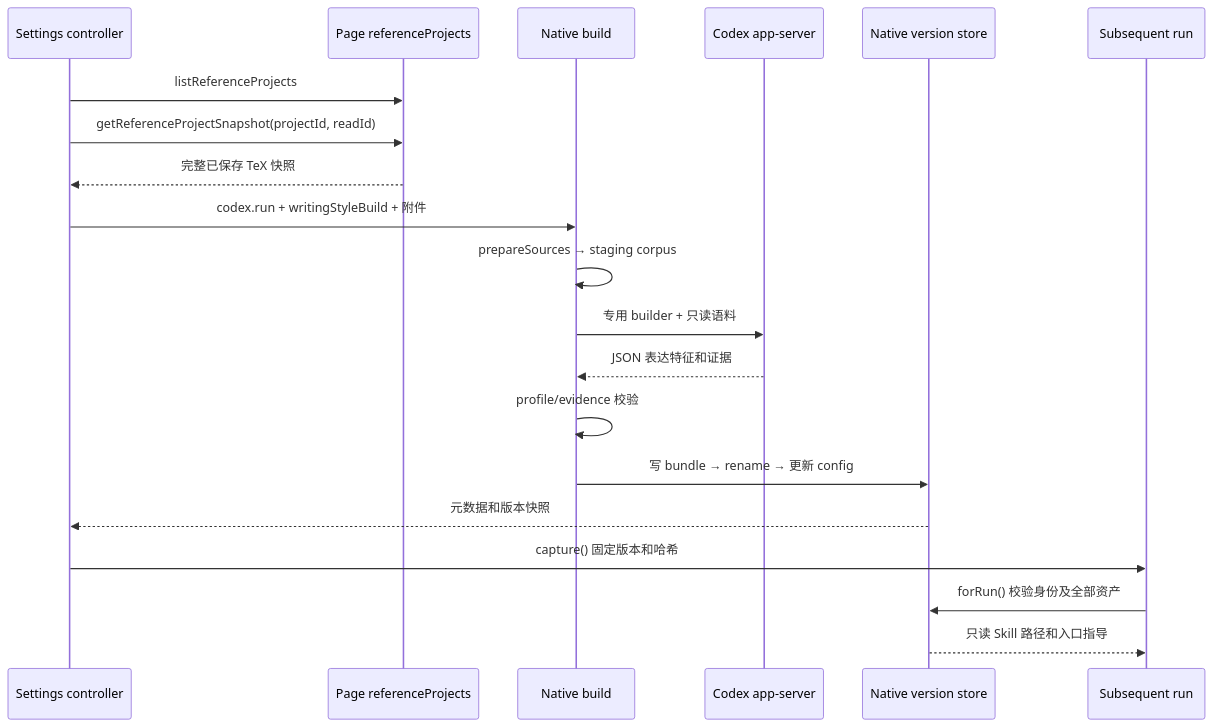
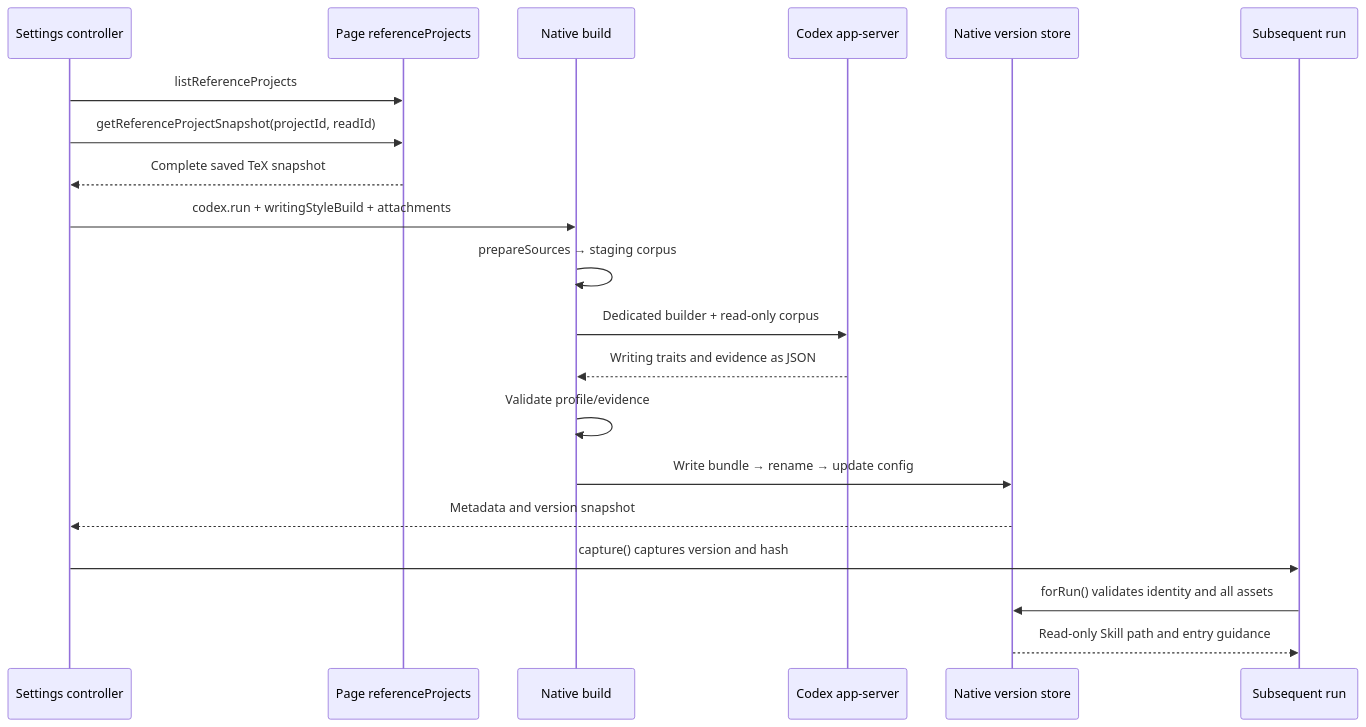
The diagram in docs/architecture/writing-style-and-skills.md (Ghqqqq/codex-overleaf-link), drawn with Mermaid before and after one commit. The commit also changed other lines of this file and 14 other files, not shown here.

Commit message:
docs: translate architecture guide to English and correct navigation

````diff
--- a/docs/architecture/writing-style-and-skills.md
+++ b/docs/architecture/writing-style-and-skills.md
@@ -48,22 +48,22 @@
 ```mermaid
 sequenceDiagram
     participant S as Settings controller
     participant P as Page referenceProjects
     participant N as Native build
     participant A as Codex app-server
     participant V as Native version store
     participant R as Subsequent run
     S->>P: listReferenceProjects
     S->>P: getReferenceProjectSnapshot(projectId, readId)
-    P-->>S: 完整已保存 TeX 快照
-    S->>N: codex.run + writingStyleBuild + 附件
+    P-->>S: Complete saved TeX snapshot
+    S->>N: codex.run + writingStyleBuild + attachments
     N->>N: prepareSources → staging corpus
-    N->>A: 专用 builder + 只读语料
-    A-->>N: JSON 表达特征和证据
-    N->>N: profile/evidence 校验
-    N->>V: 写 bundle → rename → 更新 config
-    V-->>S: 元数据和版本快照
-    S->>R: capture() 固定版本和哈希
-    R->>V: forRun() 校验身份及全部资产
-    V-->>R: 只读 Skill 路径和入口指导
+    N->>A: Dedicated builder + read-only corpus
+    A-->>N: Writing traits and evidence as JSON
+    N->>N: Validate profile/evidence
+    N->>V: Write bundle → rename → update config
+    V-->>S: Metadata and version snapshot
+    S->>R: capture() captures version and hash
+    R->>V: forRun() validates identity and all assets
+    V-->>R: Read-only Skill path and entry guidance
 ```
````
